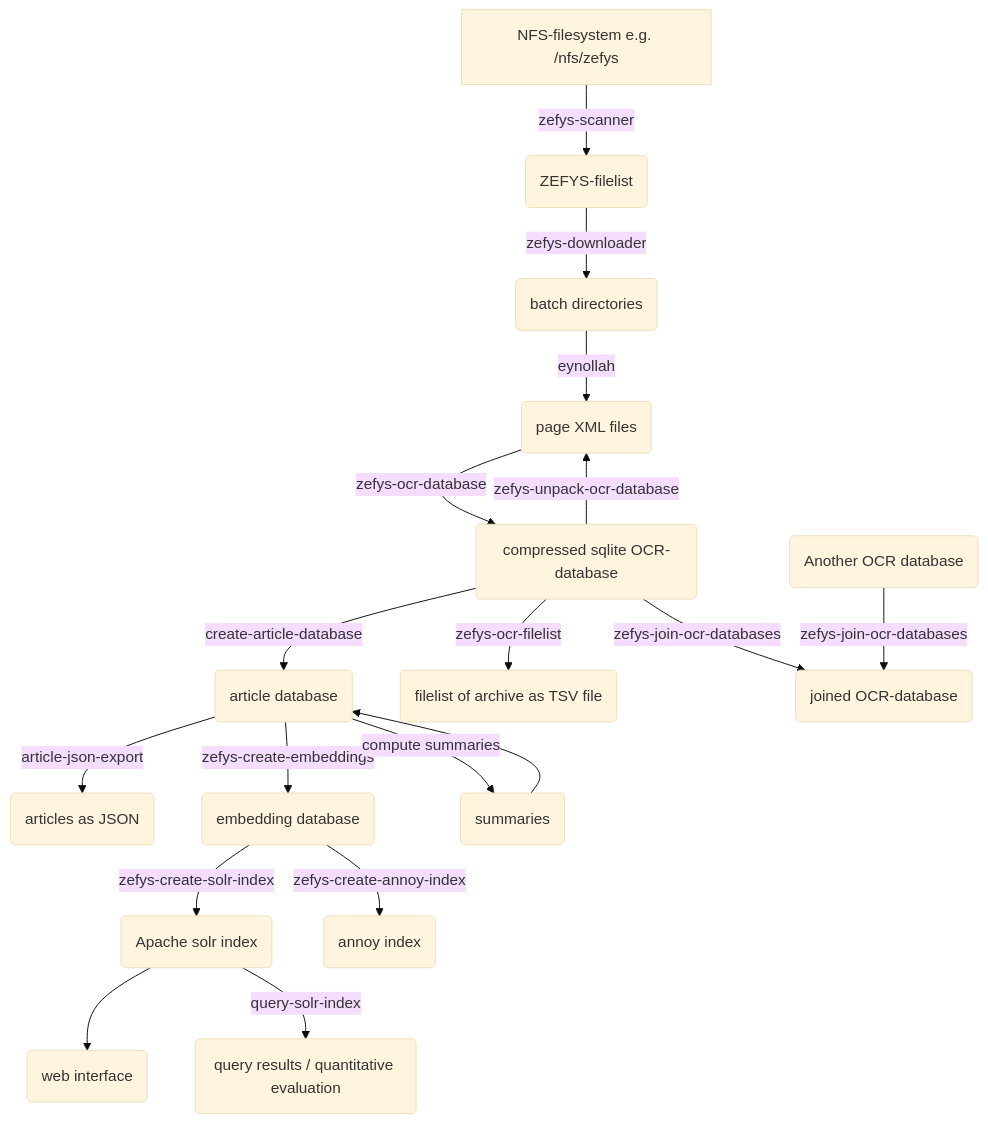
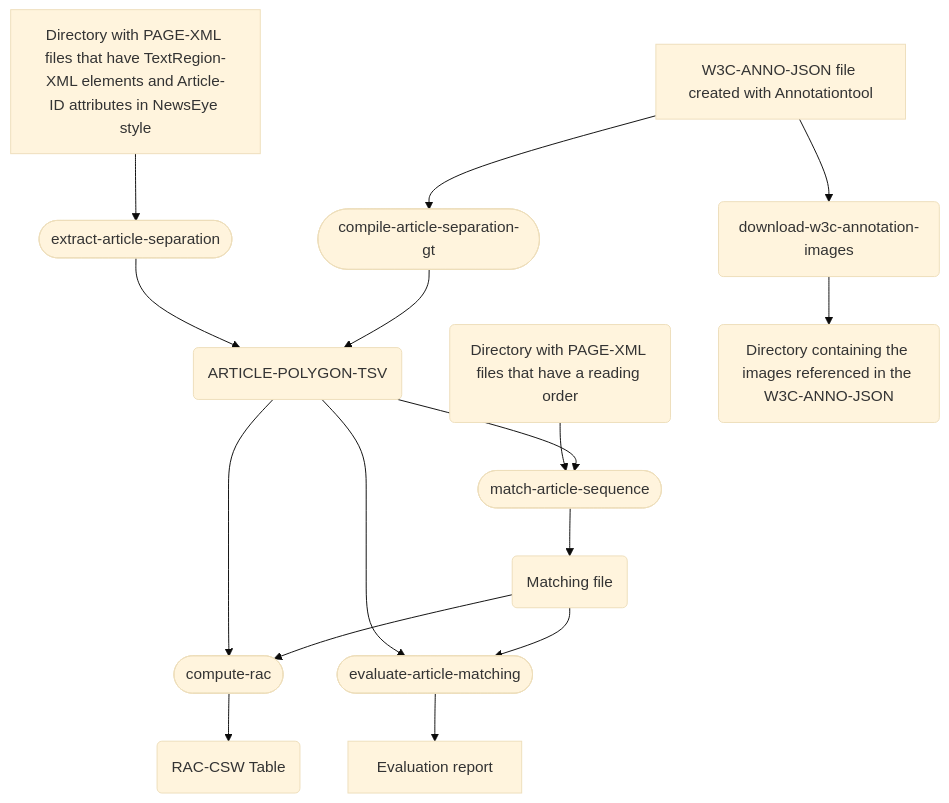
The diagram in README.md (qurator-spk/RAC), drawn with Mermaid (base theme) before and after one commit. The commit also changed other lines of this file, not shown here.

````diff
--- a/README.md
+++ b/README.md
@@ -44,20 +41,20 @@
 ```mermaid
 graph TD
-    NFS[NFS-filesystem e.g. /nfs/zefys] --> |zefys-scanner| ZEFYS-FILELIST(ZEFYS-filelist)
-    ZEFYS-FILELIST -->|zefys-downloader| BATCH-DIRECTORIES(batch directories)
-    BATCH-DIRECTORIES -->|eynollah| PAGE-XMLS(page XML files)
-    PAGE-XMLS -->|zefys-ocr-database| OCR-DATABASE(compressed sqlite OCR-database)
-    OCR-DATABASE -->|create-article-database| ARTICLE-DATABASE(article database)
-    ARTICLE-DATABASE -->|article-json-export| ARTICLE-JSON(articles as JSON)
-    OCR-DATABASE -->|zefys-unpack-ocr-database| PAGE-XMLS
-    OCR-DATABASE -->|zefys-ocr-filelist| OCR-FILELIST(filelist of archive as TSV file)
-    OCR-DATABASE-2(Another OCR database) -->|zefys-join-ocr-databases| JOINED-OCR-DATABASE(joined OCR-database)
-    OCR-DATABASE -->|zefys-join-ocr-databases| JOINED-OCR-DATABASE(joined OCR-database)
-    ARTICLE-DATABASE -->|zefys-create-embeddings| EMBEDDING-DATABASE(embedding database)
-    ARTICLE-DATABASE -->|compute summaries| SUMMARIES(summaries) --> ARTICLE-DATABASE
-    EMBEDDING-DATABASE -->|zefys-create-solr-index| SOLR-INDEX(Apache solr index)
-    EMBEDDING-DATABASE -->|zefys-create-annoy-index| ANNOY-INDEX(annoy index)
-    SOLR-INDEX --> WEB-INTERFACE(web interface)
-    SOLR-INDEX -->|query-solr-index| QUERY-RESULT(query results / quantitative evaluation)
+    W3C-ANNO-JSON[W3C-ANNO-JSON file created with Annotationtool] --> COMPILE-ARTICLE-SEPARATION([compile-article-separation-gt])
+    COMPILE-ARTICLE-SEPARATION --> ARTICLE-POLYGON-TSV(ARTICLE-POLYGON-TSV)
+    PAGE-XML-ARTICLE-ID["Directory with PAGE-XML files that have TextRegion-XML elements and Article-ID attributes in NewsEye style"] --> EXTRACT-ARTICLE-SEPARATION([extract-article-separation])
+    EXTRACT-ARTICLE-SEPARATION --> ARTICLE-POLYGON-TSV
+    ARTICLE-POLYGON-TSV --> MATCH-ARTICLE-SEQUENCE([match-article-sequence])
+    MATCH-ARTICLE-SEQUENCE --> MATCHING-FILE(Matching file)
+    PAGE-XML-LAYOUT-READING_ORDER(Directory with PAGE-XML files that have a reading order) --> MATCH-ARTICLE-SEQUENCE
+    MATCHING-FILE --> COMPUTE-RAC([compute-rac]) 
+    ARTICLE-POLYGON-TSV --> COMPUTE-RAC
+    COMPUTE-RAC --> RAC-CSW(RAC-CSW Table)
+    W3C-ANNO-JSON --> DOWNLOAD-W3C-ANNOTATION-IMAGES(download-w3c-annotation-images)
+    DOWNLOAD-W3C-ANNOTATION-IMAGES --> IMAGE-DIR(Directory containing the images referenced in the W3C-ANNO-JSON)
+
+    MATCHING-FILE --> EVALUATE-ARTICLE-MATCHING([evaluate-article-matching]) 
+    ARTICLE-POLYGON-TSV --> EVALUATE-ARTICLE-MATCHING
+    EVALUATE-ARTICLE-MATCHING --> EVALUATION-REPORT[Evaluation report]
      
 ```
````
